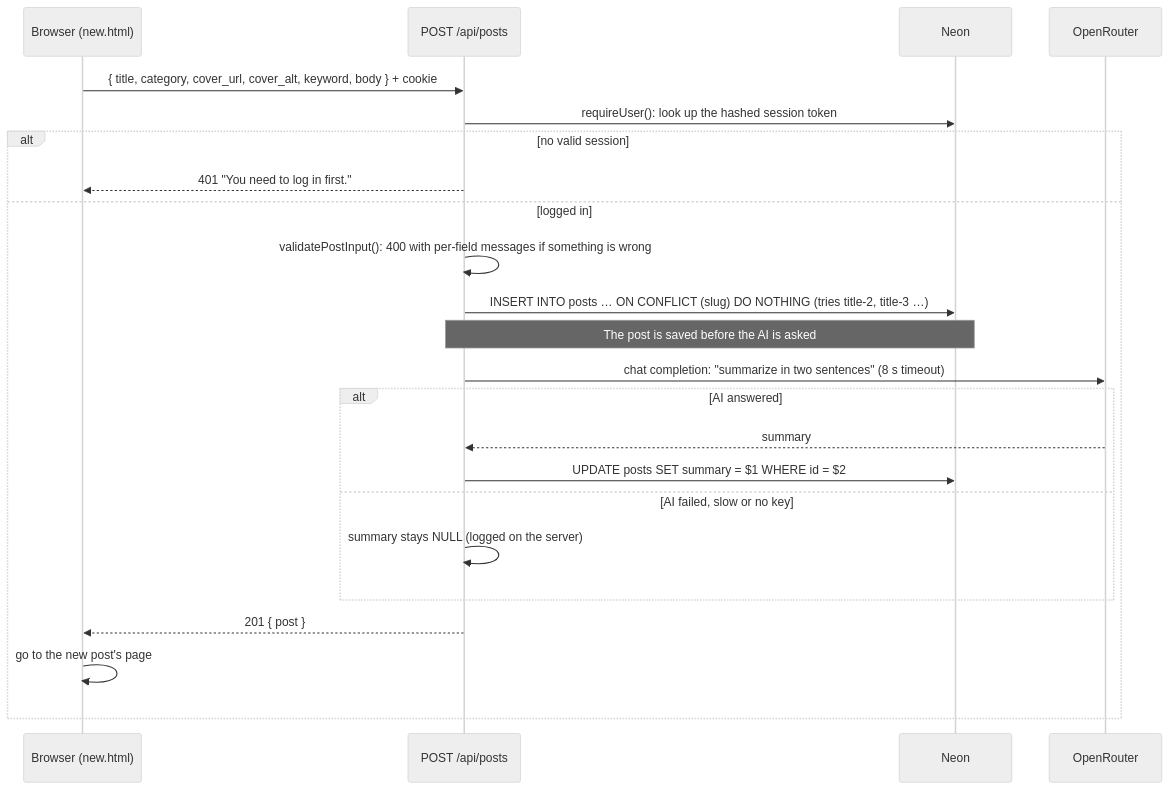
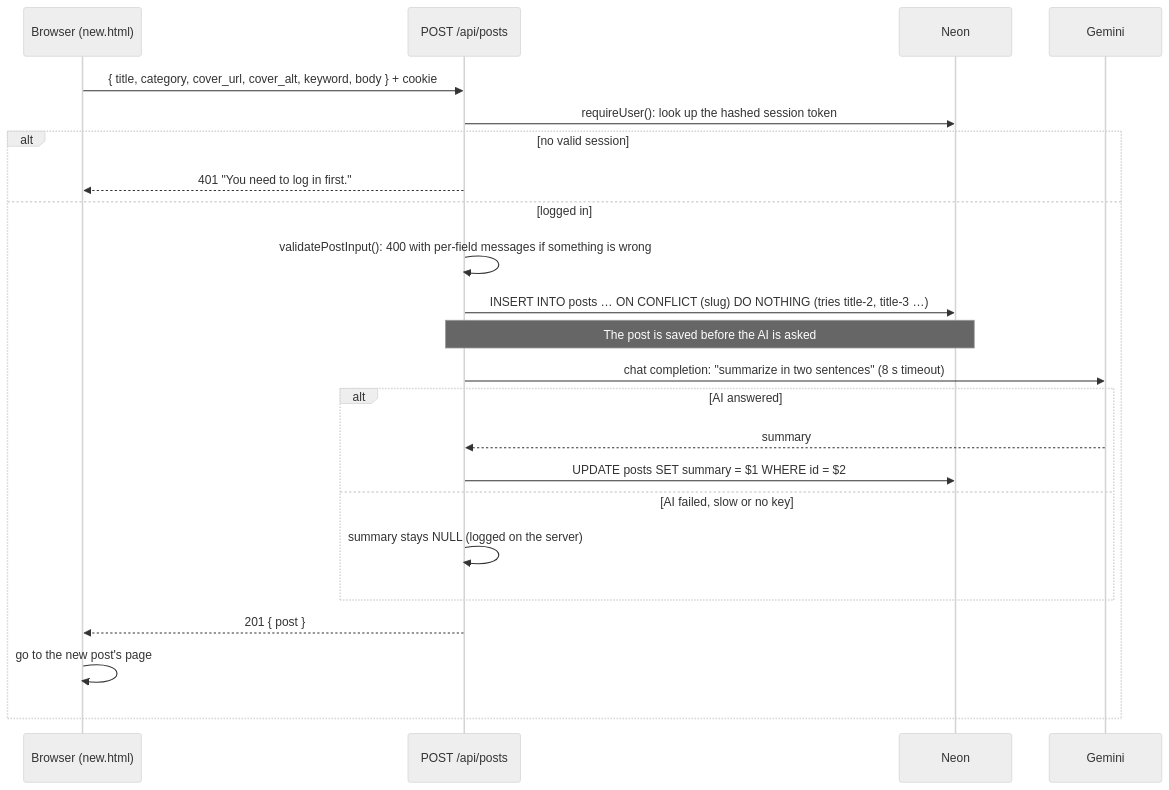
One commit to elijaho-keh/elias-blog changed the fourth of 5 diagrams in docs/architecture.md. Above: the diagram before and after it, drawn with Mermaid (neutral theme). The commit also changed other lines of this file and 5 other files, not shown here.

First line of the commit message:
Use Google Gemini (free tier) for AI summaries, keep OpenRouter as option

````diff
--- a/docs/architecture.md
+++ b/docs/architecture.md
@@ -110,26 +110,26 @@
 ```mermaid
 sequenceDiagram
   participant B as Browser (new.html)
   participant A as POST /api/posts
   participant N as Neon
-  participant O as OpenRouter
+  participant O as Gemini
 
   B->>A: { title, category, cover_url, cover_alt, keyword, body } + cookie
   A->>N: requireUser(): look up the hashed session token
   alt no valid session
     A-->>B: 401 "You need to log in first."
   else logged in
     A->>A: validatePostInput(): 400 with per-field messages if something is wrong
     A->>N: INSERT INTO posts … ON CONFLICT (slug) DO NOTHING (tries title-2, title-3 …)
     Note over A,N: The post is saved before the AI is asked
     A->>O: chat completion: "summarize in two sentences" (8 s timeout)
     alt AI answered
       O-->>A: summary
       A->>N: UPDATE posts SET summary = $1 WHERE id = $2
     else AI failed, slow or no key
       A->>A: summary stays NULL (logged on the server)
     end
     A-->>B: 201 { post }
     B->>B: go to the new post's page
   end
 ```
````
